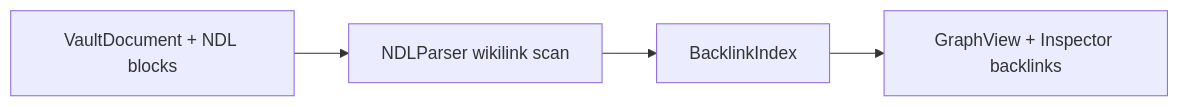
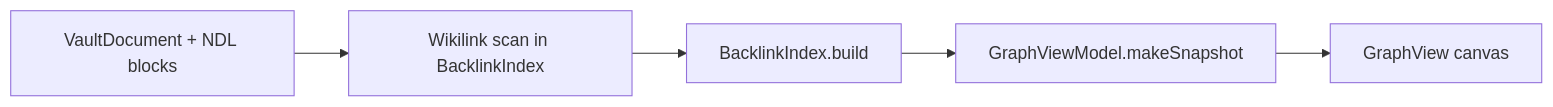
One commit to godspeedglazer/OpenWrite changed the diagram in docs/features/GraphView.md. Above: the diagram before and after it, drawn with Mermaid. The commit also changed other lines of this file and 95 other files, not shown here.

First line of the commit message:
Ship Anytype/Logseq shell slice: themes, databases, and graph.

````diff
--- a/docs/features/GraphView.md
+++ b/docs/features/GraphView.md
@@ -44,9 +74,10 @@
 ```mermaid
 flowchart LR
   DOC[VaultDocument + NDL blocks]
-  PARSE[NDLParser wikilink scan]
-  IDX[BacklinkIndex]
-  UI[GraphView + Inspector backlinks]
+  PARSE[Wikilink scan in BacklinkIndex]
+  IDX[BacklinkIndex.build]
+  VM[GraphViewModel.makeSnapshot]
+  UI[GraphView canvas]
 
-  DOC --> PARSE --> IDX --> UI
+  DOC --> PARSE --> IDX --> VM --> UI
 ```
````
